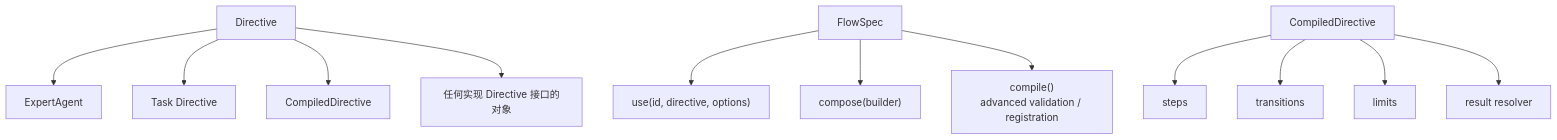
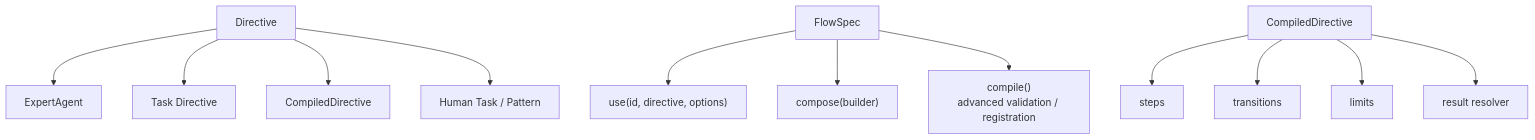
The sixth of 18 diagrams in docs/architecture/agent-core-architecture.md (pqpo/pragma), drawn with Mermaid before and after one commit. The commit also changed other lines of this file and 34 other files, not shown here.

First line of the commit message:
Refactor directive execution handling and improve task management

````diff
--- a/docs/architecture/agent-core-architecture.md
+++ b/docs/architecture/agent-core-architecture.md
@@ -163,19 +163,19 @@
 ```mermaid
 flowchart TB
   directive["Directive"]
   directive --> expertAgent["ExpertAgent"]
   directive --> taskDirective["Task Directive"]
   directive --> compiledDirectiveRef["CompiledDirective"]
-  directive --> customDirective["任何实现 Directive 接口的对象"]
+  directive --> humanDirective["Human Task / Pattern"]
 
   flowSpec["FlowSpec"]
   flowSpec --> use["use(id, directive, options)"]
   flowSpec --> compose["compose(builder)"]
   flowSpec --> compile["compile()<br/>advanced validation / registration"]
 
   compiledDirective["CompiledDirective"]
   compiledDirective --> steps["steps"]
   compiledDirective --> transitions["transitions"]
   compiledDirective --> limits["limits"]
   compiledDirective --> resultResolver["result resolver"]
 ```
````
